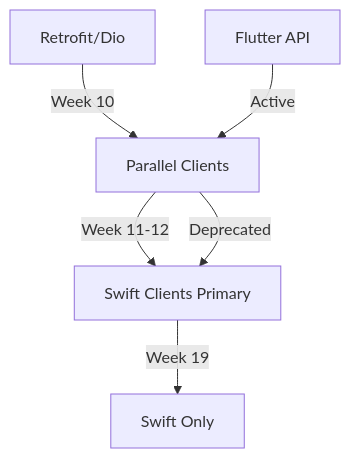
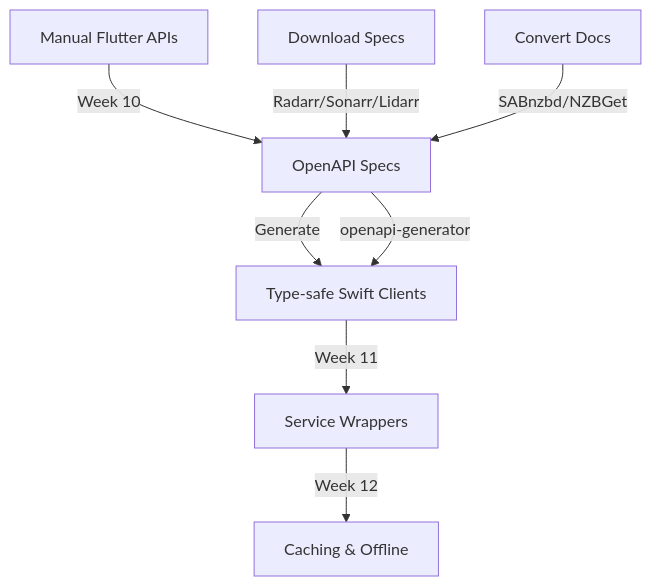
The diagram in migration.md (mpwg/thriftwood-client), drawn with Mermaid before and after one commit. The commit also changed other lines of this file, not shown here.

Commit message:
use the right api

````diff
--- a/migration.md
+++ b/migration.md
@@ -635,9 +1606,11 @@
 ```mermaid
 graph TD
-    A[Retrofit/Dio] -->|Week 10| B[Parallel Clients]
-    B -->|Week 11-12| C[Swift Clients Primary]
-    C -->|Week 19| D[Swift Only]
+    A[Manual Flutter APIs] -->|Week 10| B[OpenAPI Specs]
+    B -->|Generate| C[Type-safe Swift Clients]
+    C -->|Week 11| D[Service Wrappers]
+    D -->|Week 12| E[Caching & Offline]
 
-    E[Flutter API] -->|Active| B
-    B -->|Deprecated| C
+    F[Download Specs] -->|Radarr/Sonarr/Lidarr| B
+    G[Convert Docs] -->|SABnzbd/NZBGet| B
+    B -->|openapi-generator| C
 ```
````
